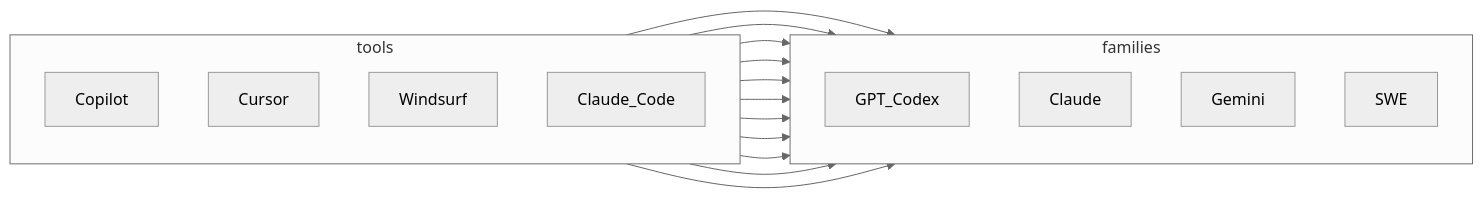
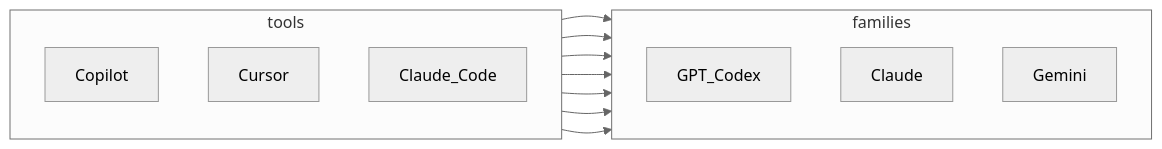
The diagram in docs/_posts/mainstream-ai-coding-tools-comparison.md (zhaofutao04/zblog), drawn with Mermaid (neutral theme) before and after one commit. The commit also changed other lines of this file, not shown here.

First line of the commit message:
docs: 澄清 Codex 属模型侧；主线改为 Copilot/Cursor/Claude Code，弱化 Windsurf

````diff
--- a/docs/_posts/mainstream-ai-coding-tools-comparison.md
+++ b/docs/_posts/mainstream-ai-coding-tools-comparison.md
@@ -99,28 +106,22 @@
 ```mermaid
 flowchart LR
   subgraph tools
     direction TB
     CP[Copilot]
     CR[Cursor]
-    WS[Windsurf]
     CC[Claude_Code]
   end
   subgraph families
     direction TB
-    GPT[GPT_Codex]
+    GC[GPT_Codex]
     CL[Claude]
     GM[Gemini]
-    SWE[SWE]
   end
-  CP --> GPT
+  CP --> GC
   CP --> CL
   CP --> GM
-  CR --> GPT
+  CR --> GC
   CR --> CL
   CR --> GM
-  WS --> GPT
-  WS --> CL
-  WS --> GM
-  WS --> SWE
   CC --> CL
 ```
````
